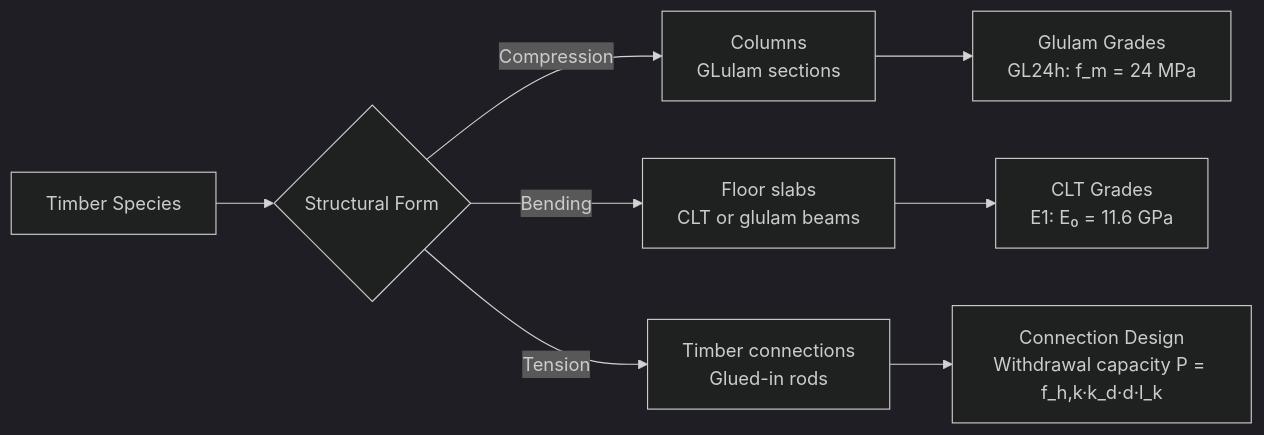
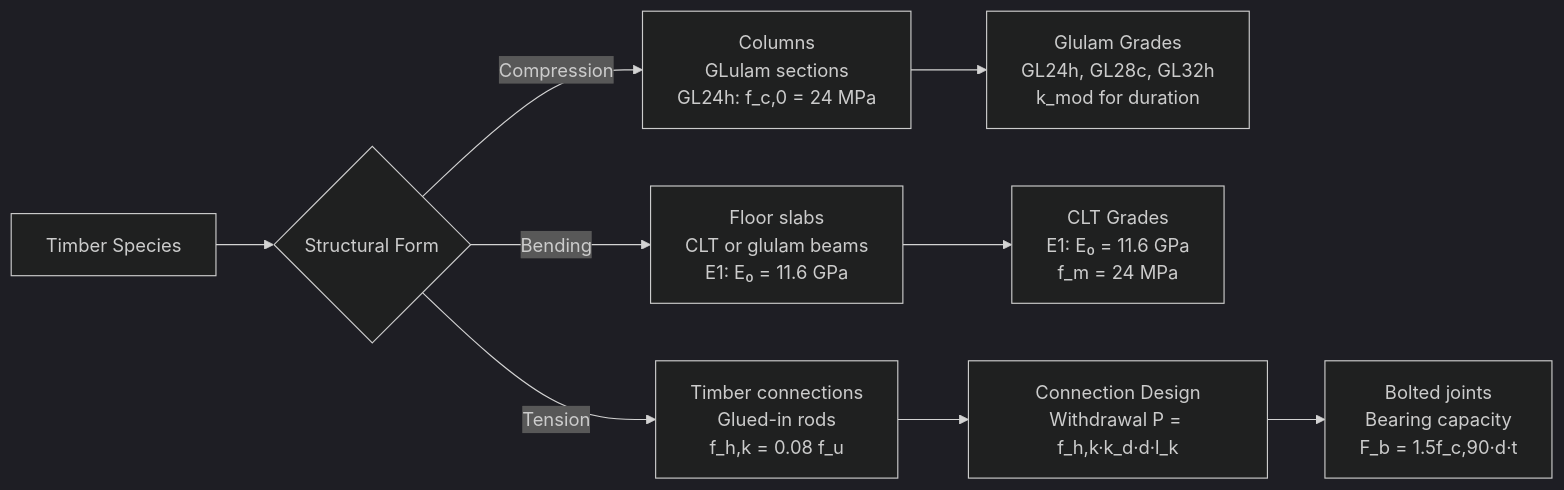
One commit to yip-lgtm/civil-bootcamp changed the third of 5 diagrams in MIT_CEE_Core/Track_2_Mechanics_Materials/Structural_Design/08_1.056_Introduction_to_Structural_Design.md. Above: the diagram before and after it, drawn with Mermaid (dark theme). The commit also changed other lines of this file and 8 other files, not shown here.

````diff
--- a/MIT_CEE_Core/Track_2_Mechanics_Materials/Structural_Design/08_1.056_Introduction_to_Structural_Design.md
+++ b/MIT_CEE_Core/Track_2_Mechanics_Materials/Structural_Design/08_1.056_Introduction_to_Structural_Design.md
@@ -279,10 +370,11 @@
 ```mermaid
 graph LR
     A[Timber Species] --> B{Structural Form}
-    B -->|Compression| C[Columns<br/>GLulam sections]
-    B -->|Bending| D[Floor slabs<br/>CLT or glulam beams]
-    B -->|Tension| E[Timber connections<br/>Glued-in rods]
-    C --> F[Glulam Grades<br/>GL24h: f_m = 24 MPa]
-    D --> G[CLT Grades<br/>E1: E₀ = 11.6 GPa]
-    E --> H[Connection Design<br/>Withdrawal capacity P = f_h,k·k_d·d·l_k]
+    B -->|Compression| C[Columns<br/>GLulam sections<br/>GL24h: f_c,0 = 24 MPa]
+    B -->|Bending| D[Floor slabs<br/>CLT or glulam beams<br/>E1: E₀ = 11.6 GPa]
+    B -->|Tension| E[Timber connections<br/>Glued-in rods<br/>f_h,k = 0.08 f_u]
+    C --> F[Glulam Grades<br/>GL24h, GL28c, GL32h<br/>k_mod for duration]
+    D --> G[CLT Grades<br/>E1: E₀ = 11.6 GPa<br/>f_m = 24 MPa]
+    E --> H[Connection Design<br/>Withdrawal P = f_h,k·k_d·d·l_k]
+    H --> I[Bolted joints<br/>Bearing capacity<br/>F_b = 1.5f_c,90·d·t]
 ```
````
